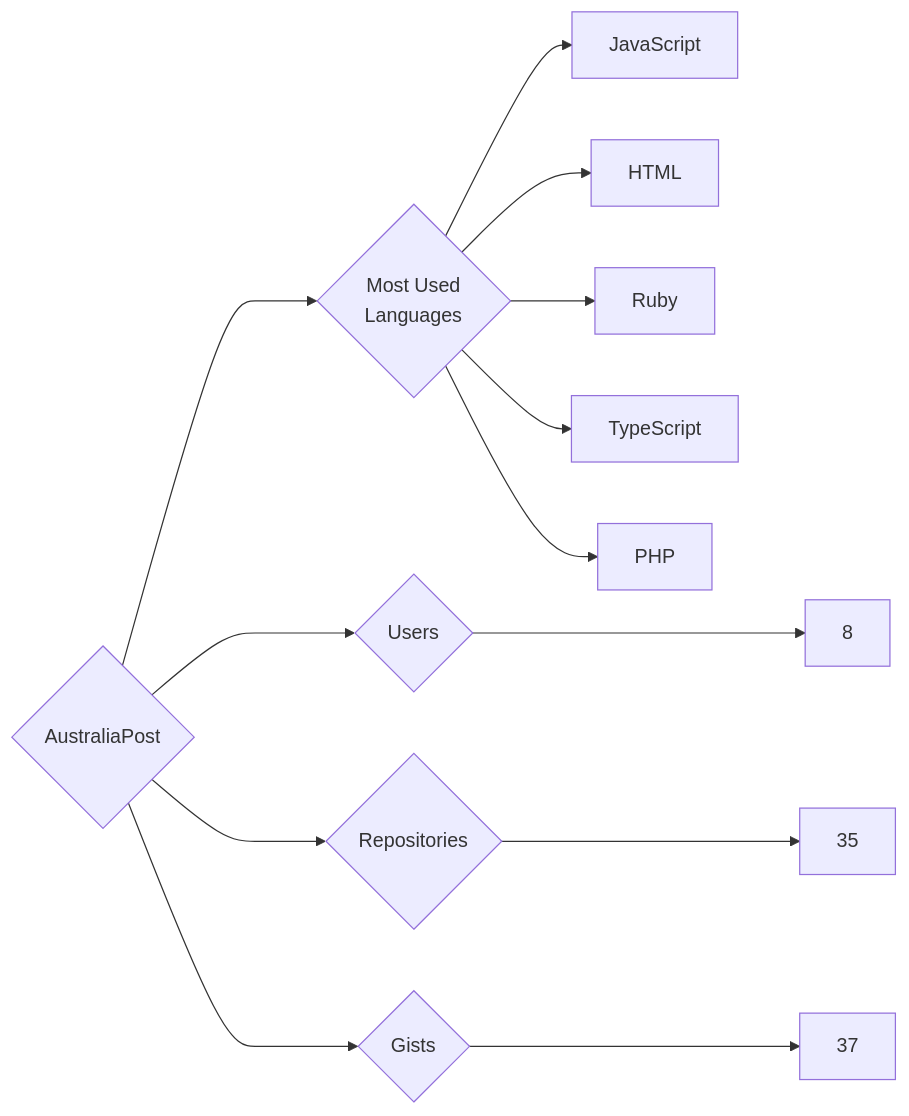
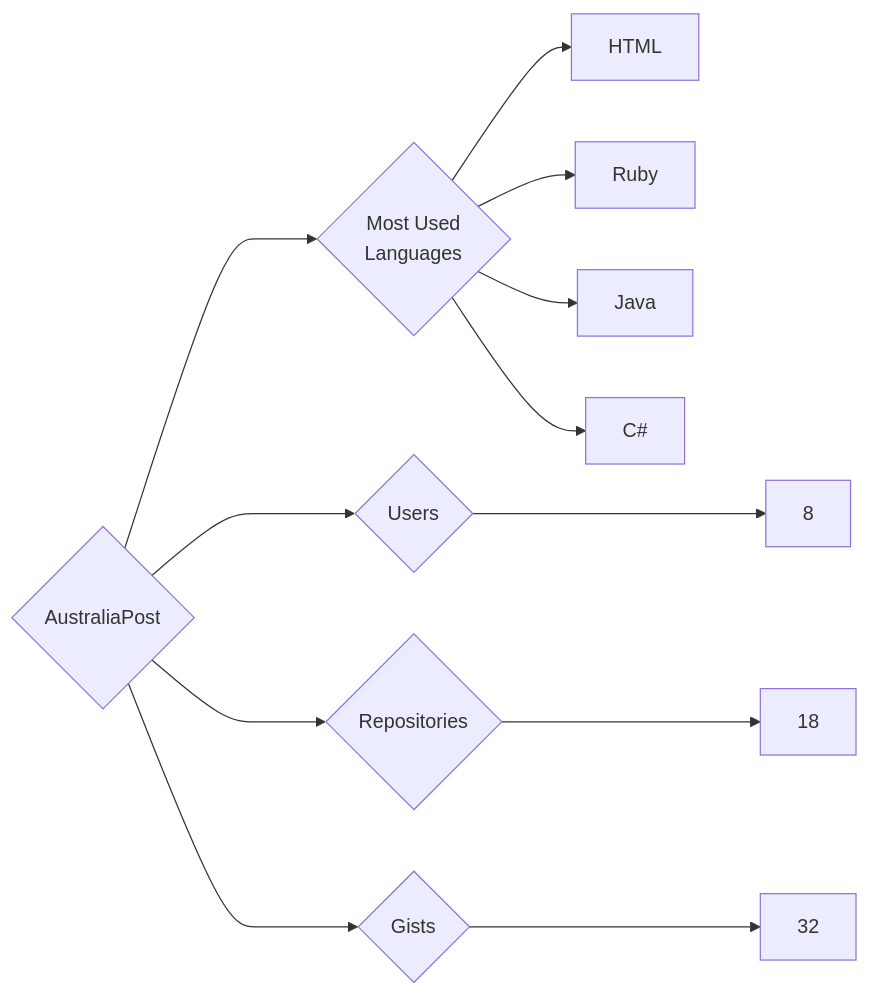
The diagram in targets/AustraliaPost/README.md (trickest/insiders), drawn with Mermaid before and after one commit. The commit also changed 938 other files, not shown here.

````diff
--- a/targets/AustraliaPost/README.md
+++ b/targets/AustraliaPost/README.md
@@ -3,13 +3,12 @@
 ```mermaid
 graph LR
 COMPANY_NAME{AustraliaPost}
 COMPANY_NAME ---> U{Users} ---> UN[8]
-COMPANY_NAME ---> R{Repositories} ---> RN[35]
-COMPANY_NAME ---> G{Gists} ---> GN[37]
+COMPANY_NAME ---> R{Repositories} ---> RN[18]
+COMPANY_NAME ---> G{Gists} ---> GN[32]
 COMPANY_NAME ---> ML{Most Used<br>Languages}
-ML --> JavaScript[JavaScript]
 ML --> HTML[HTML]
 ML --> Ruby[Ruby]
-ML --> TypeScript[TypeScript]
-ML --> PHP[PHP]
+ML --> Java[Java]
+ML --> C#[C#]
 ```
````
